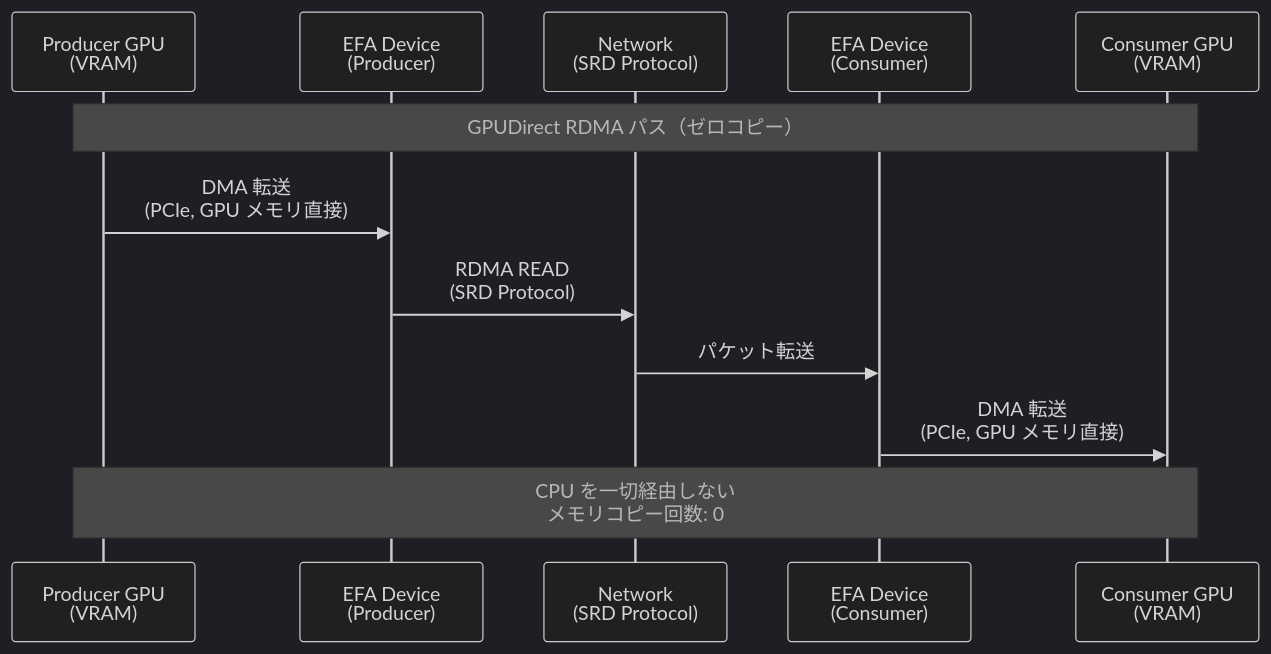
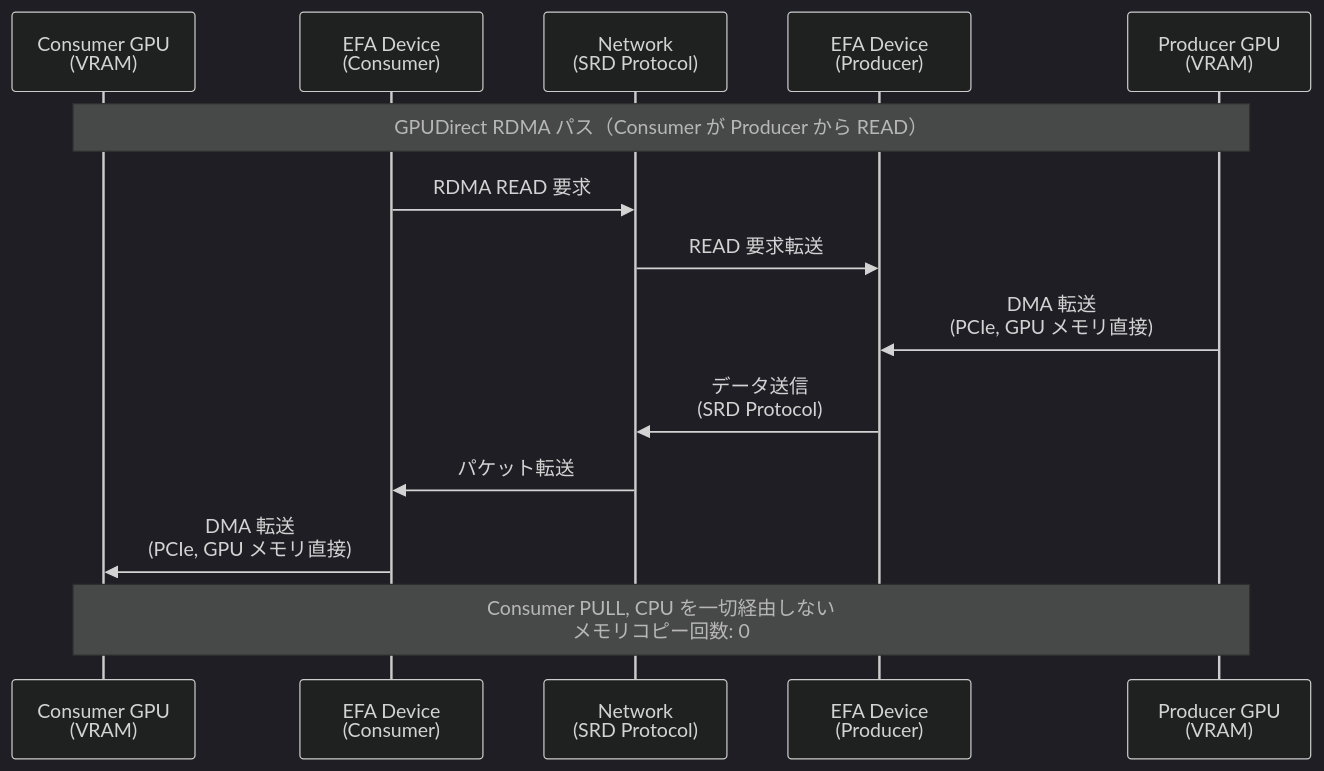
One commit to littlemex/zenn changed the third of 14 diagrams in articles/3dd524130320d3.md. Above: the diagram before and after it, drawn with Mermaid (dark theme). The commit also changed other lines of this file, not shown here.

````diff
--- a/articles/3dd524130320d3.md
+++ b/articles/3dd524130320d3.md
@@ -449,14 +119,16 @@
 ```mermaid
 sequenceDiagram
+    participant Consumer_GPU as Consumer GPU<br/>(VRAM)
+    participant EFA_C as EFA Device<br/>(Consumer)
+    participant Network as Network<br/>(SRD Protocol)
+    participant EFA_P as EFA Device<br/>(Producer)
     participant Producer_GPU as Producer GPU<br/>(VRAM)
-    participant EFA_P as EFA Device<br/>(Producer)
-    participant Network as Network<br/>(SRD Protocol)
-    participant EFA_C as EFA Device<br/>(Consumer)
-    participant Consumer_GPU as Consumer GPU<br/>(VRAM)
-    Note over Producer_GPU,Consumer_GPU: GPUDirect RDMA パス（ゼロコピー）
+    Note over Consumer_GPU,Producer_GPU: GPUDirect RDMA パス（Consumer が Producer から READ）
+    EFA_C->>Network: RDMA READ 要求
+    Network->>EFA_P: READ 要求転送
     Producer_GPU->>EFA_P: DMA 転送<br/>(PCIe, GPU メモリ直接)
-    EFA_P->>Network: RDMA READ<br/>(SRD Protocol)
+    EFA_P->>Network: データ送信<br/>(SRD Protocol)
     Network->>EFA_C: パケット転送
     EFA_C->>Consumer_GPU: DMA 転送<br/>(PCIe, GPU メモリ直接)
-    Note over Producer_GPU,Consumer_GPU: CPU を一切経由しない<br/>メモリコピー回数: 0
+    Note over Consumer_GPU,Producer_GPU: Consumer PULL, CPU を一切経由しない<br/>メモリコピー回数: 0
 ```
````
